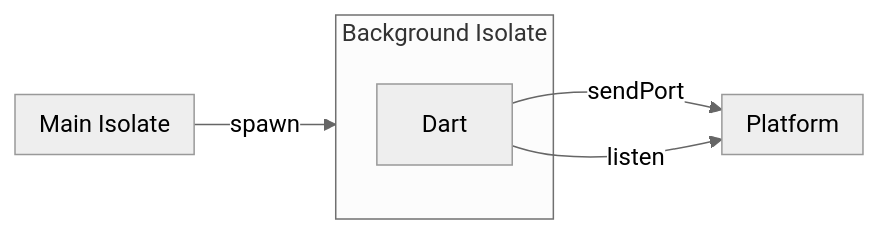
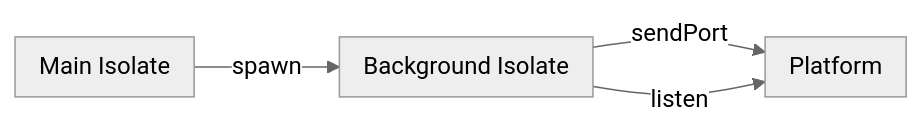
The third of 3 diagrams in slide/pages/journey_platform-specific_APIs.md (sensuikan1973/flutter_expensive_native_embedding_journey), drawn with Mermaid (neutral theme) before and after one commit.

````diff
--- a/slide/pages/journey_platform-specific_APIs.md
+++ b/slide/pages/journey_platform-specific_APIs.md
@@ -100,13 +100,12 @@
 ```mermaid
 flowchart LR
     subgraph M["Main#32;Isolate"]
     end
     M -->|spawn| B
     subgraph B["Background#32;Isolate"]
-        Dart
     end
-    Dart -->|sendPort| P
+    B -->|sendPort| P
     subgraph P ["Platform"]
     end
-    Dart --> |listen| P
+    B --> |listen| P
 ```
````
